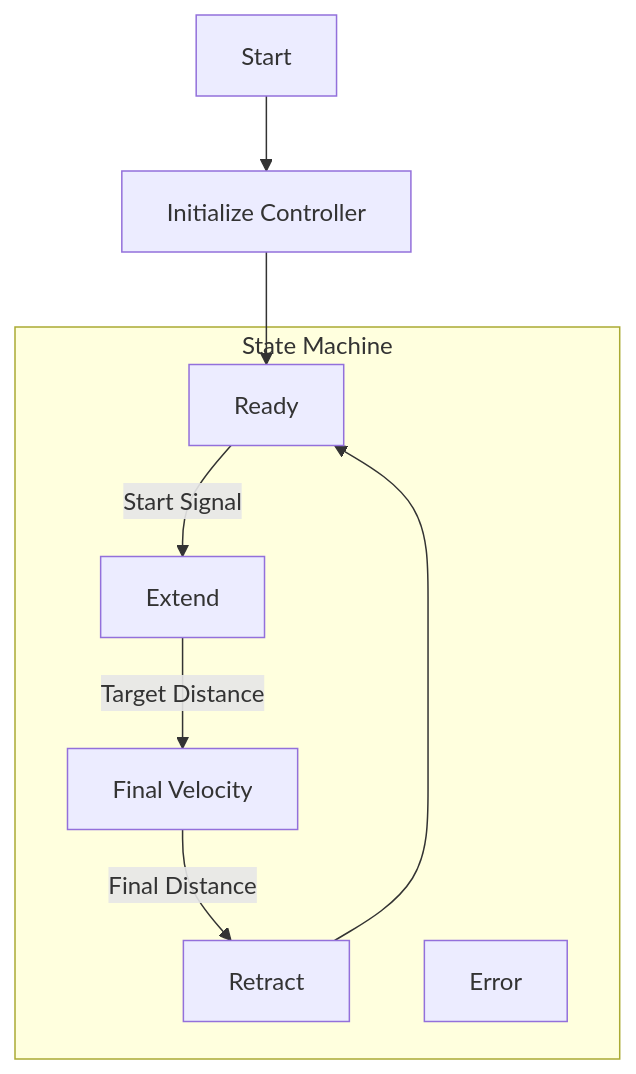
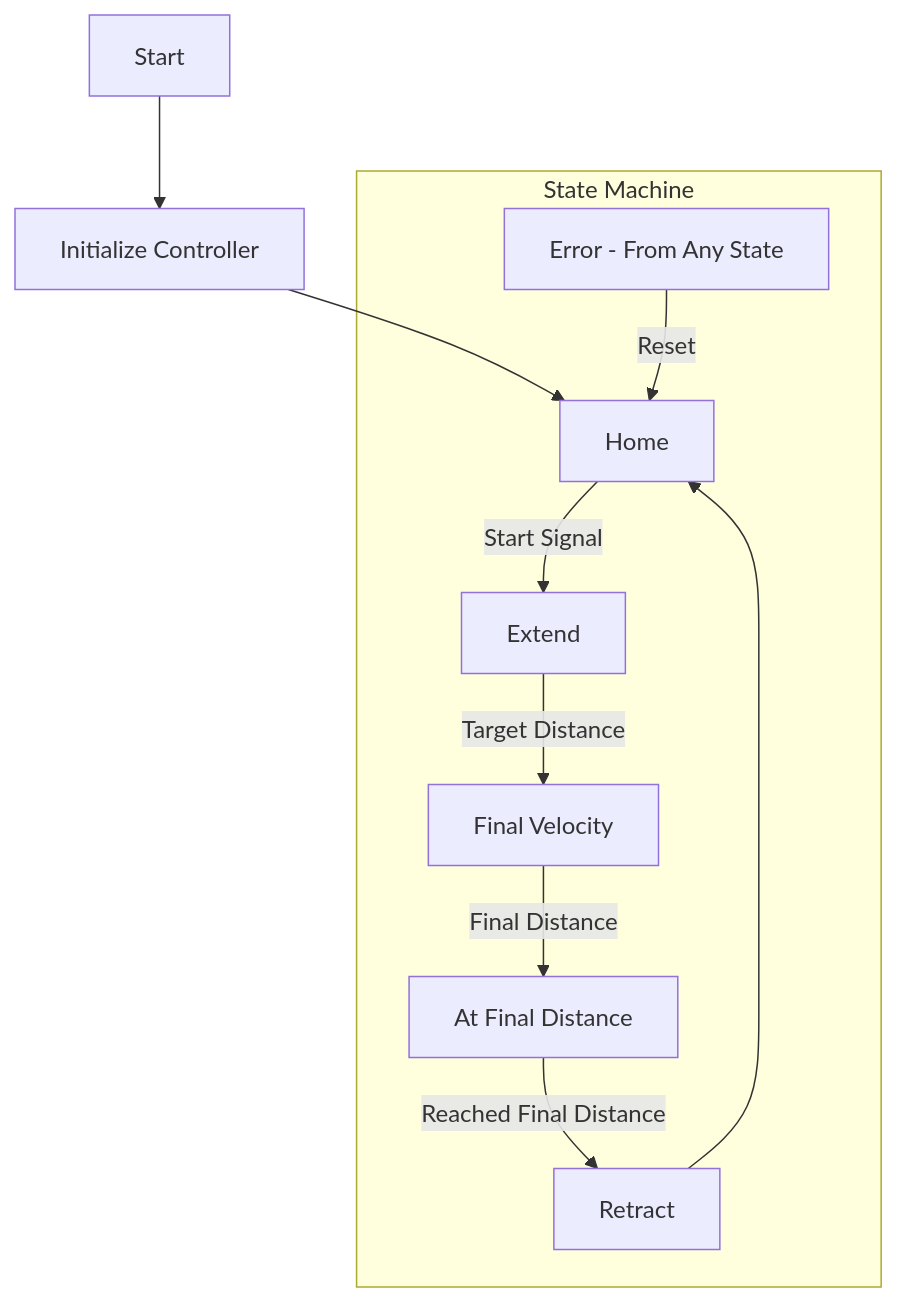
One commit to michaeljd8/spring_mass_control_demo changed the diagram in README.md. Above: the diagram before and after it, drawn with Mermaid. The commit also changed other lines of this file and 6 other files, not shown here.

````diff
--- a/README.md
+++ b/README.md
@@ -91,19 +95,22 @@
 ```mermaid
 flowchart TD
     A[Start] --> B[Initialize Controller]
     B --> C
     subgraph State Machine
-        C[Ready]
+        C[Home]
         D[Extend]
         E[Final Velocity]
+        H[At Final Distance]
         F[Retract]
-        G[Error]
+        G[Error - From Any State]
 
         C -->|Start Signal| D
         D -->|Target Distance| E
-        E -->|Final Distance| F
+        E -->|Final Distance| H
+        H -->|Reached Final Distance| F
+        F --> C
 
-        F --> C
+        G --> |Reset| C
 
     end
 ```
````
